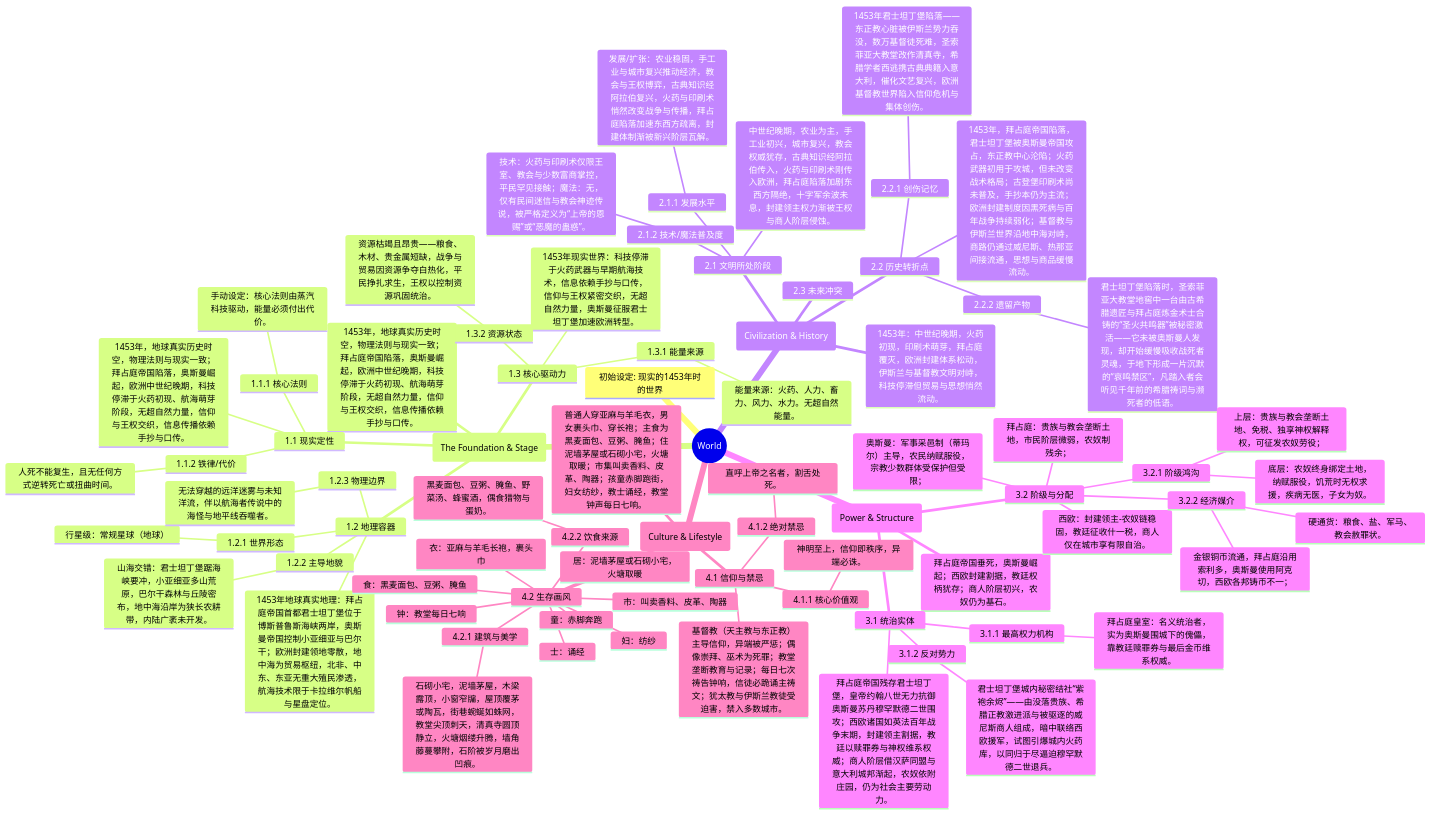
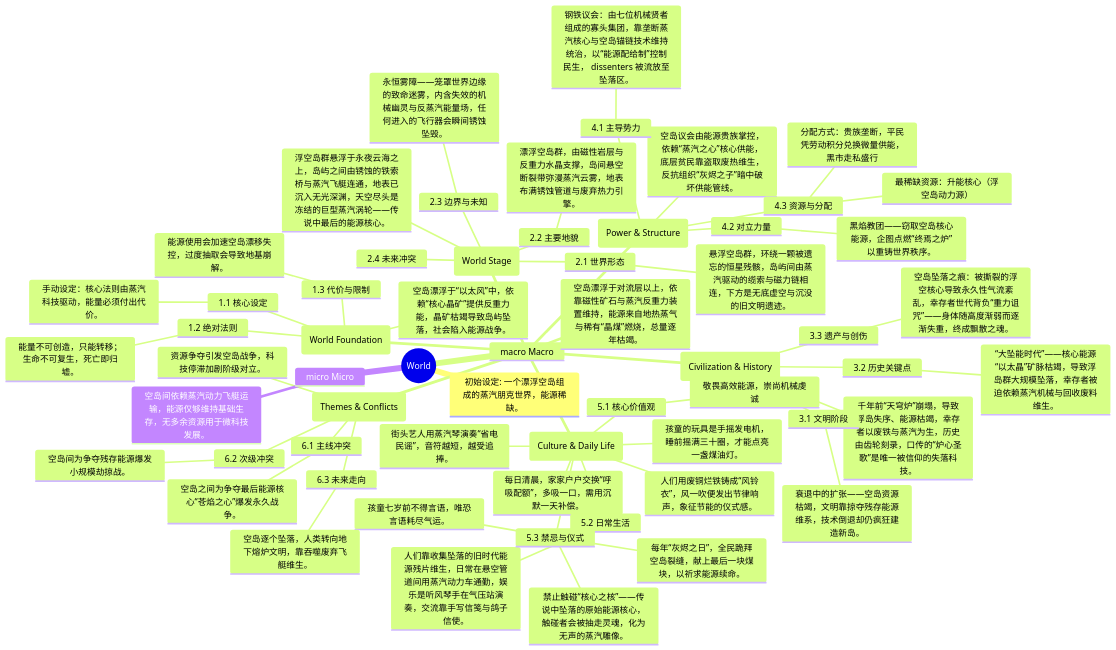
The diagram in docs/world_mindmap.md (Fange12306/AwesomeRolePlayingGame), drawn with Mermaid before and after one commit. The commit also changed 6 other files, not shown here.

Commit message:
world engine: macro + micro

````diff
--- a/docs/world_mindmap.md
+++ b/docs/world_mindmap.md
@@ -3,81 +3,64 @@
 ```mermaid
 mindmap
   root((World))
-    初始设定: 现实的1453年时的世界
-    1 世界基石 (The Foundation & Stage)
-      1453年，地球真实历史时空，物理法则与现实一致；拜占庭帝国陷落，奥斯曼崛起，欧洲中世纪晚期，科技停滞于火药初现、航海萌芽阶段，无超自然力量，信仰与王权交织，信息传播依赖手抄与口传。
-      1.1 现实定性
-        1453年，地球真实历史时空，物理法则与现实一致；拜占庭帝国陷落，奥斯曼崛起，欧洲中世纪晚期，科技停滞于火药初现、航海萌芽阶段，无超自然力量，信仰与王权交织，信息传播依赖手抄与口传。
-        1.1.1 核心法则
+    初始设定: 一个漂浮空岛组成的蒸汽朋克世界，能源稀缺。
+    macro Macro
+      空岛漂浮于对流层以上，依靠磁性矿石与蒸汽反重力装置维持，能源来自地热蒸气与稀有“晶煤”燃烧，总量逐年枯竭。
+      1 世界基石 (World Foundation)
+        空岛漂浮于“以太风”中，依赖“核心晶矿”提供反重力能，晶矿枯竭导致岛屿坠落，社会陷入能源战争。
+        1.1 核心设定
           手动设定：核心法则由蒸汽科技驱动，能量必须付出代价。
-        1.1.2 铁律/代价
-          人死不能复生，且无任何方式逆转死亡或扭曲时间。
-      1.2 地理容器
-        1453年地球真实地理：拜占庭帝国首都君士坦丁堡位于博斯普鲁斯海峡两岸，奥斯曼帝国控制小亚细亚与巴尔干；欧洲封建领地零散，地中海为贸易枢纽，北非、中东、东亚无重大殖民渗透，航海技术限于卡拉维尔帆船与星盘定位。
-        1.2.1 世界形态
-          行星级：常规星球（地球）
-        1.2.2 主导地貌
-          山海交错：君士坦丁堡踞海峡要冲，小亚细亚多山荒原，巴尔干森林与丘陵密布，地中海沿岸为狭长农耕带，内陆广袤未开发。
-        1.2.3 物理边界
-          无法穿越的远洋迷雾与未知洋流，伴以航海者传说中的海怪与地平线吞噬者。
-      1.3 核心驱动力
-        1453年现实世界：科技停滞于火药武器与早期航海技术，信息依赖手抄与口传，信仰与王权紧密交织，无超自然力量，奥斯曼征服君士坦丁堡加速欧洲转型。
-        1.3.1 能量来源
-          能量来源：火药、人力、畜力、风力、水力。无超自然能量。
-        1.3.2 资源状态
-          资源枯竭且昂贵——粮食、木材、贵金属短缺，战争与贸易因资源争夺白热化，平民挣扎求生，王权以控制资源巩固统治。
-    2 文明进程 (Civilization & History)
-      1453年：中世纪晚期，火药初现，印刷术萌芽，拜占庭覆灭，欧洲封建体系松动，伊斯兰与基督教文明对峙，科技停滞但贸易与思想悄然流动。
-      2.1 文明所处阶段
-        中世纪晚期，农业为主，手工业初兴，城市复兴，教会权威犹存，古典知识经阿拉伯传入，火药与印刷术刚传入欧洲，拜占庭陷落加剧东西方隔绝，十字军余波未息，封建领主权力渐被王权与商人阶层侵蚀。
-        2.1.1 发展水平
-          发展/扩张：农业稳固，手工业与城市复兴推动经济，教会与王权博弈，古典知识经阿拉伯复兴，火药与印刷术悄然改变战争与传播，拜占庭陷落加速东西方疏离，封建体制渐被新兴阶层瓦解。
-        2.1.2 技术/魔法普及度
-          技术：火药与印刷术仅限王室、教会与少数富商掌控，平民罕见接触；魔法：无，仅有民间迷信与教会神迹传说，被严格定义为“上帝的恩赐”或“恶魔的蛊惑”。
-      2.2 历史转折点
-        1453年，拜占庭帝国陷落，君士坦丁堡被奥斯曼帝国攻占，东正教中心沦陷；火药武器初用于攻城，但未改变战术格局；古登堡印刷术尚未普及，手抄本仍为主流；欧洲封建制度因黑死病与百年战争持续弱化；基督教与伊斯兰世界沿地中海对峙，商路仍通过威尼斯、热那亚间接流通，思想与商品缓慢流动。
-        2.2.1 创伤记忆
-          1453年君士坦丁堡陷落——东正教心脏被伊斯兰势力吞没，数万基督徒死难，圣索菲亚大教堂改作清真寺，希腊学者西逃携古典典籍入意大利，催化文艺复兴，欧洲基督教世界陷入信仰危机与集体创伤。
-        2.2.2 遗留产物
-          君士坦丁堡陷落时，圣索菲亚大教堂地窖中一台由古希腊遗匠与拜占庭炼金术士合铸的“圣火共鸣器”被秘密激活——它未被奥斯曼人发现，却开始缓慢吸收战死者灵魂，于地下形成一片沉默的“哀鸣禁区”，凡踏入者会听见千年前的希腊祷词与濒死者的低语。
-      2.3 未来冲突
-    3 社会权力 (Power & Structure)
-      拜占庭帝国垂死，奥斯曼崛起；西欧封建割据，教廷权柄犹存；商人阶层初兴，农奴仍为基石。
-      3.1 统治实体
-        拜占庭帝国残存君士坦丁堡，皇帝约翰八世无力抗御奥斯曼苏丹穆罕默德二世围攻；西欧诸国如英法百年战争末期，封建领主割据，教廷以赎罪券与神权维系权威；商人阶层借汉萨同盟与意大利城邦渐起，农奴依附庄园，仍为社会主要劳动力。
-        3.1.1 最高权力机构
-          拜占庭皇室：名义统治者，实为奥斯曼围城下的傀儡，靠教廷赎罪券与最后金币维系权威。
-        3.1.2 反对势力
-          君士坦丁堡城内秘密结社“紫袍余烬”——由没落贵族、希腊正教激进派与被驱逐的威尼斯商人组成，暗中联络西欧援军，试图引爆城内火药库，以同归于尽逼迫穆罕默德二世退兵。
-      3.2 阶级与分配
-        拜占庭：贵族与教会垄断土地，市民阶层微弱，农奴制残余；
-        奥斯曼：军事采邑制（蒂玛尔）主导，农民纳赋服役，宗教少数群体受保护但受限；
-        西欧：封建领主-农奴链稳固，教廷征收什一税，商人仅在城市享有限自治。
-        3.2.1 阶级鸿沟
-          上层：贵族与教会垄断土地、免税、独享神权解释权，可征发农奴劳役；
-          底层：农奴终身绑定土地，纳赋服役，饥荒时无权求援，疾病无医，子女为奴。
-        3.2.2 经济媒介
-          金银铜币流通，拜占庭沿用索利多，奥斯曼使用阿克切，西欧各邦铸币不一；
-          硬通货：粮食、盐、军马、教会赦罪状。
-    4 人文生态 (Culture & Lifestyle)
-      普通人穿亚麻与羊毛衣，男女裹头巾、穿长袍；主食为黑麦面包、豆粥、腌鱼；住泥墙茅屋或石砌小宅，火塘取暖；市集叫卖香料、皮革、陶器；孩童赤脚跑街，妇女纺纱，教士诵经，教堂钟声每日七响。
-      4.1 信仰与禁忌
-        基督教（天主教与东正教）主导信仰，异端被严惩；偶像崇拜、巫术为死罪；教堂垄断教育与记录；每日七次祷告钟响，信徒必跪诵主祷文；犹太教与伊斯兰教徒受迫害，禁入多数城市。
-        4.1.1 核心价值观
-          神明至上，信仰即秩序，异端必诛。
-        4.1.2 绝对禁忌
-          直呼上帝之名者，割舌处死。
-      4.2 生存画风
-        衣：亚麻与羊毛长袍，裹头巾
-        食：黑麦面包、豆粥、腌鱼
-        居：泥墙茅屋或石砌小宅，火塘取暖
-        市：叫卖香料、皮革、陶器
-        童：赤脚奔跑
-        妇：纺纱
-        士：诵经
-        钟：教堂每日七响
-        4.2.1 建筑与美学
-          石砌小宅，泥墙茅屋，木梁露顶，小窗窄牖，屋顶覆茅或陶瓦，街巷蜿蜒如蛛网，教堂尖顶刺天，清真寺圆顶静立，火塘烟缕升腾，墙角藤蔓攀附，石阶被岁月磨出凹痕。
-        4.2.2 饮食来源
-          黑麦面包、豆粥、腌鱼、野菜汤、蜂蜜酒，偶食猎物与蛋奶。
+        1.2 绝对法则
+          能量不可创造，只能转移；生命不可复生，死亡即归墟。
+        1.3 代价与限制
+          能源使用会加速空岛漂移失控，过度抽取会导致地基崩解。
+      2 空间与舞台 (World Stage)
+        浮空岛群悬浮于永夜云海之上，岛屿之间由锈蚀的铁索桥与蒸汽飞艇连通，地表已沉入无光深渊，天空尽头是冻结的巨型蒸汽涡轮——传说中最后的能源核心。
+        2.1 世界形态
+          悬浮空岛群，环绕一颗被遗忘的恒星残骸，岛屿间由蒸汽驱动的缆索与磁力链相连，下方是无底虚空与沉没的旧文明遗迹。
+        2.2 主要地貌
+          漂浮空岛群，由磁性岩层与反重力水晶支撑，岛间悬空断裂带弥漫蒸汽云雾，地表布满锈蚀管道与废弃热力引擎。
+        2.3 边界与未知
+          永恒雾障——笼罩世界边缘的致命迷雾，内含失效的机械幽灵与反蒸汽能量场，任何进入的飞行器会瞬间锈蚀坠毁。
+        2.4 未来冲突
+      3 文明与历史 (Civilization & History)
+        千年前“天穹炉”崩塌，导致浮岛失序、能源枯竭，幸存者以废铁与蒸汽为生，历史由齿轮刻录，口传的“炉心圣歌”是唯一被信仰的失落科技。
+        3.1 文明阶段
+          衰退中的扩张——空岛资源枯竭，文明靠掠夺残存能源维系，技术倒退却仍疯狂建造新岛。
+        3.2 历史关键点
+          “大坠能时代”——核心能源“以太晶”矿脉枯竭，导致浮岛群大规模坠落，幸存者被迫依赖蒸汽机械与回收废料维生。
+        3.3 遗产与创伤
+          空岛坠落之痕：被撕裂的浮空核心导致永久性气流紊乱，幸存者世代背负“重力诅咒”——身体随高度渐弱而逐渐失重，终成飘散之魂。
+      4 权力与结构 (Power & Structure)
+        空岛议会由能源贵族掌控，依赖“蒸汽之心”核心供能，底层贫民靠盗取废热维生，反抗组织“灰烬之子”暗中破坏供能管线。
+        4.1 主导势力
+          钢铁议会：由七位机械贤者组成的寡头集团，靠垄断蒸汽核心与空岛锚链技术维持统治，以“能源配给制”控制民生， dissenters 被流放至坠落区。
+        4.2 对立力量
+          黑焰教团——窃取空岛核心能源，企图点燃“终焉之炉”以重铸世界秩序。
+        4.3 资源与分配
+          最稀缺资源：升能核心（浮空岛动力源）
+          分配方式：贵族垄断，平民凭劳动积分兑换微量供能，黑市走私盛行
+      5 文化与日常 (Culture & Daily Life)
+        人们用废铜烂铁铸成“风铃衣”，风一吹便发出节律响声，象征节能的仪式感。
+        每日清晨，家家户户交换“呼吸配额”，多吸一口，需用沉默一天补偿。
+        孩童的玩具是手摇发电机，睡前摇满三十圈，才能点亮一盏煤油灯。
+        街头艺人用蒸汽琴演奏“省电民谣”，音符越短，越受追捧。
+        5.1 核心价值观
+          敬畏高效能源，崇尚机械虔诚
+        5.2 日常生活
+          人们靠收集坠落的旧时代能源残片维生，日常在悬空管道间用蒸汽动力车通勤，娱乐是听风琴手在气压站演奏，交流靠手写信笺与鸽子信使。
+        5.3 禁忌与仪式
+          禁止触碰“核心之核”——传说中坠落的原始能源核心，触碰者会被抽走灵魂，化为无声的蒸汽雕像。
+          每年“灰烬之日”，全民跪拜空岛裂缝，献上最后一块煤块，以祈求能源续命。
+          孩童七岁前不得言语，唯恐言语耗尽气运。
+      6 主题与冲突 (Themes & Conflicts)
+        资源争夺引发空岛战争，科技停滞加剧阶级对立。
+        6.1 主线冲突
+          空岛之间为争夺最后能源核心“苍焰之心”爆发永久战争。
+        6.2 次级冲突
+          空岛间为争夺残存能源爆发小规模劫掠战。
+        6.3 未来走向
+          空岛逐个坠落，人类转向地下熔炉文明，靠吞噬废弃飞艇维生。
+    micro Micro
+      空岛间依赖蒸汽动力飞艇运输，能源仅够维持基础生存，无多余资源用于微科技发展。
 ```
````
